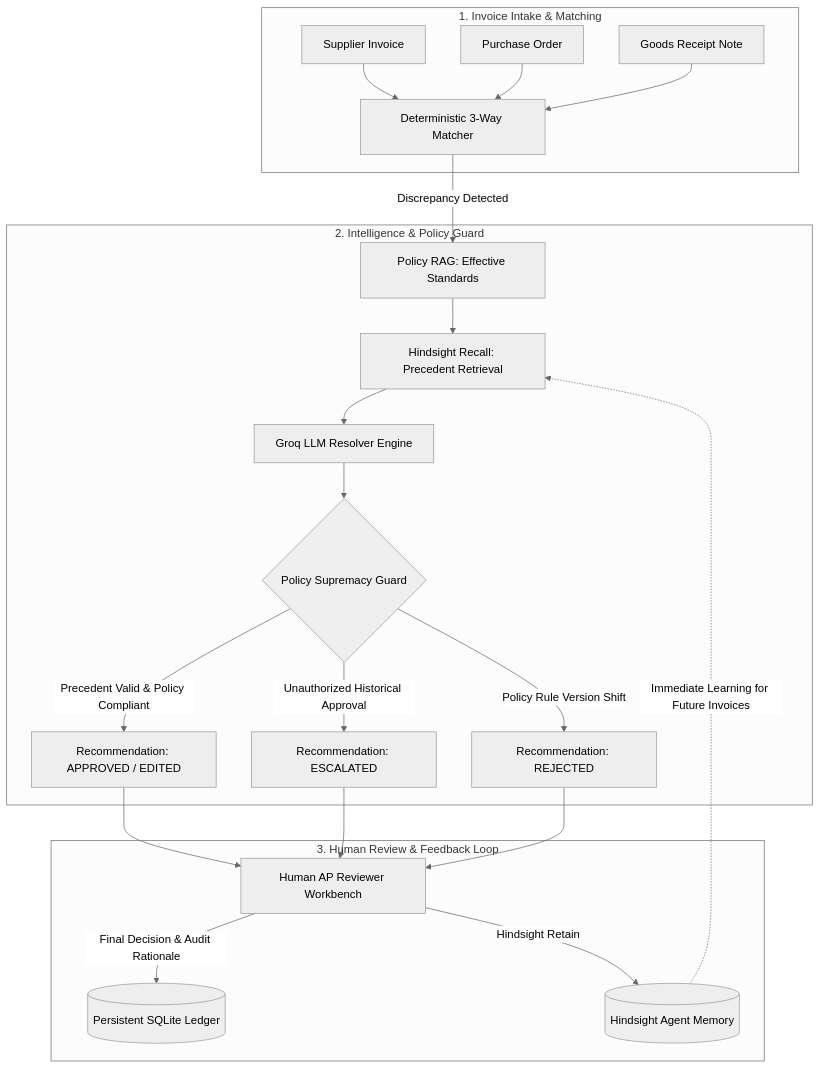
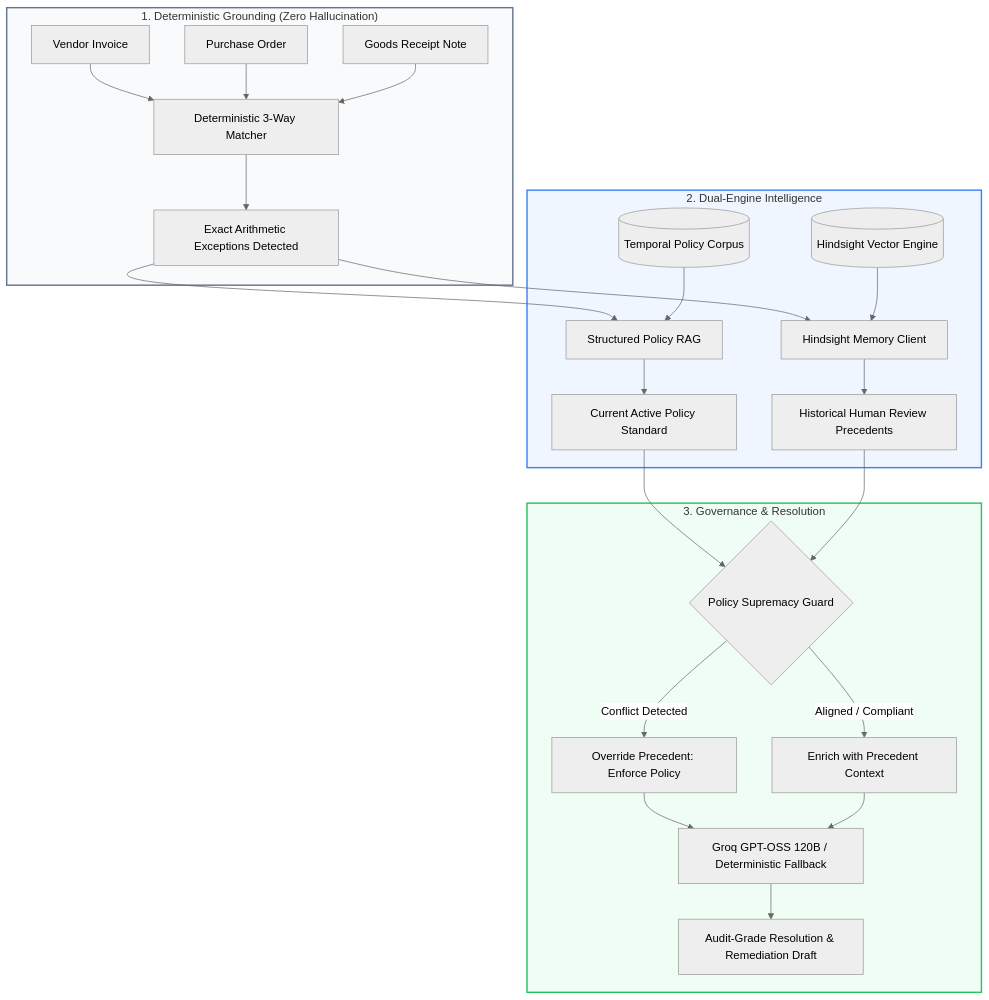
The first of 3 diagrams in README.md (Zyphron01/LedgerMind), drawn with Mermaid (neutral theme) before and after one commit. The commit also changed other lines of this file and 38 other files, not shown here.

Commit message:
feat: release LedgerMind AP intelligence MVP

````diff
--- a/README.md
+++ b/README.md
@@ -61,27 +61,35 @@
 ```mermaid
 flowchart TD
-    subgraph Intake["1. Invoice Intake & Matching"]
-        INV[Supplier Invoice] --> M[Deterministic 3-Way Matcher]
-        PO[Purchase Order] --> M
-        GRN[Goods Receipt Note] --> M
+    subgraph Layer1["1. Deterministic Grounding (Zero Hallucination)"]
+        INV[Vendor Invoice] --> Matcher[Deterministic 3-Way Matcher]
+        PO[Purchase Order] --> Matcher
+        GRN[Goods Receipt Note] --> Matcher
+        Matcher --> Exc[Exact Arithmetic Exceptions Detected]
     end
 
-    subgraph Resolution["2. Intelligence & Policy Guard"]
-        M -->|Discrepancy Detected| POL[Policy RAG: Effective Standards]
-        POL --> MEM[Hindsight Recall: Precedent Retrieval]
-        MEM --> LLM[Groq LLM Resolver Engine]
-        LLM --> GUARD{Policy Supremacy Guard}
-        GUARD -->|Precedent Valid & Policy Compliant| REC[Recommendation: APPROVED / EDITED]
-        GUARD -->|Unauthorized Historical Approval| ESC[Recommendation: ESCALATED]
-        GUARD -->|Policy Rule Version Shift| REJ[Recommendation: REJECTED]
+    subgraph Layer2["2. Dual-Engine Intelligence"]
+        Exc --> PolRetriever[Structured Policy RAG]
+        Corpus[(Temporal Policy Corpus)] --> PolRetriever
+        PolRetriever --> PolicyVerdict[Current Active Policy Standard]
+
+        Exc --> MemClient[Hindsight Memory Client]
+        Hindsight[(Hindsight Vector Engine)] --> MemClient
+        MemClient --> PastPrecedent[Historical Human Review Precedents]
     end
 
-    subgraph Workbench["3. Human Review & Feedback Loop"]
-        REC --> WB[Human AP Reviewer Workbench]
-        ESC --> WB
-        REJ --> WB
-        WB -->|Final Decision & Audit Rationale| STORE[(Persistent SQLite Ledger)]
-        WB -->|Hindsight Retain| HINDSIGHT[(Hindsight Agent Memory)]
-        HINDSIGHT -.->|Immediate Learning for Future Invoices| MEM
+    subgraph Layer3["3. Governance & Resolution"]
+        PolicyVerdict --> SupremacyGuard{Policy Supremacy Guard}
+        PastPrecedent --> SupremacyGuard
+        
+        SupremacyGuard -->|Conflict Detected| Override[Override Precedent: Enforce Policy]
+        SupremacyGuard -->|Aligned / Compliant| Harmonize[Enrich with Precedent Context]
+        
+        Override --> Groq[Groq GPT-OSS 120B / Deterministic Fallback]
+        Harmonize --> Groq
+        Groq --> Action[Audit-Grade Resolution & Remediation Draft]
     end
+
+    style Layer1 fill:#f8fafc,stroke:#64748b,stroke-width:2px
+    style Layer2 fill:#eff6ff,stroke:#3b82f6,stroke-width:2px
+    style Layer3 fill:#f0fdf4,stroke:#22c55e,stroke-width:2px
 ```
````
